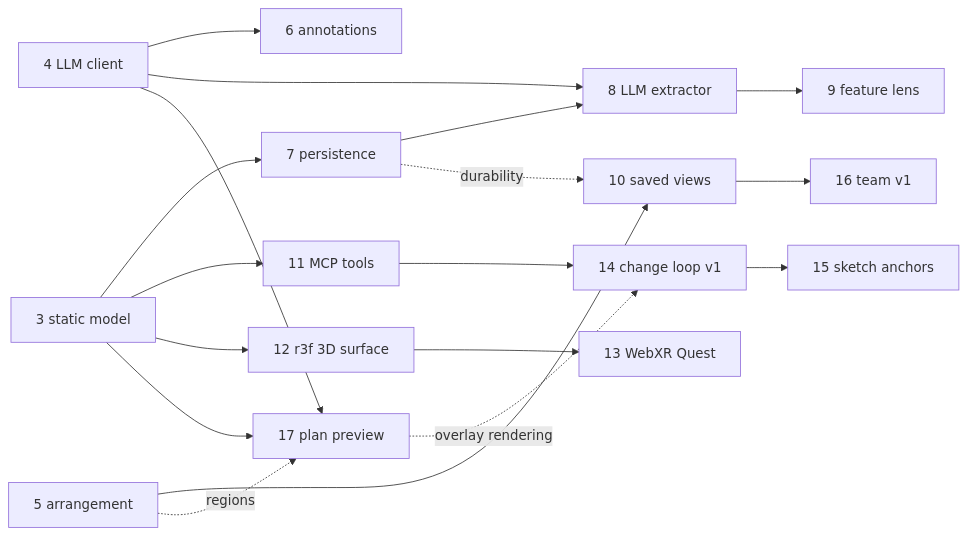
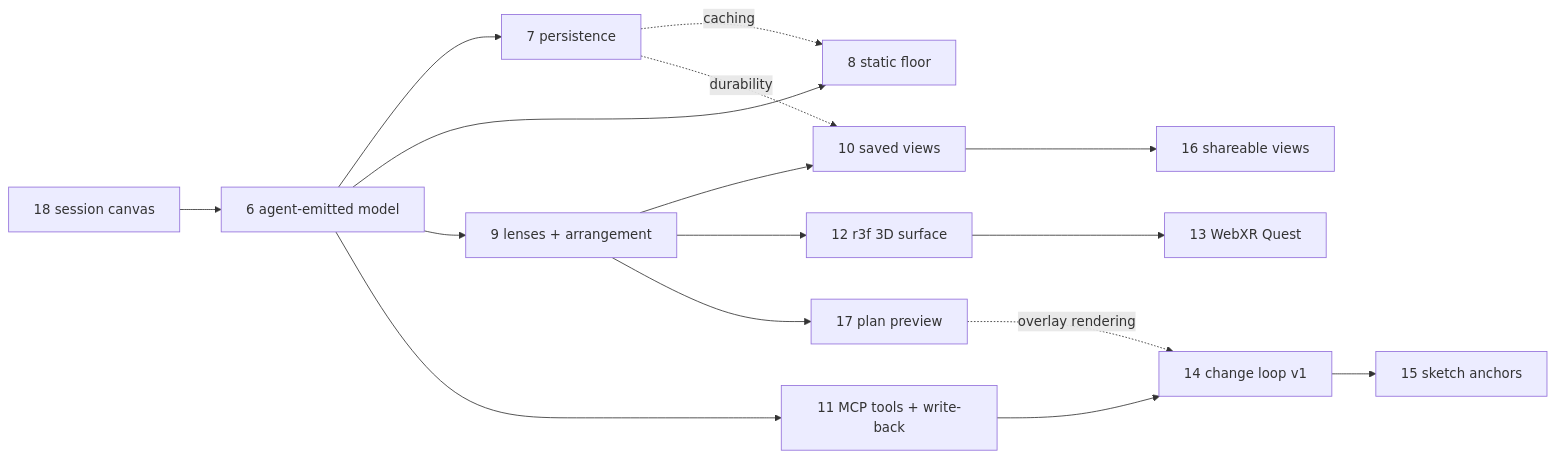
Before and after one commit to dmitry-yudakov/code-vis: the diagram in stories/EPIC-20260705-north-star-roadmap.md, drawn with Mermaid. The commit also changed other lines of this file and 15 other files, not shown here.

````diff
--- a/stories/EPIC-20260705-north-star-roadmap.md
+++ b/stories/EPIC-20260705-north-star-roadmap.md
@@ -69,20 +116,18 @@
 ```mermaid
 graph LR
-  S3[3 static model] --> S7[7 persistence]
-  S3 --> S11[11 MCP tools]
-  S3 --> S12[12 r3f 3D surface]
-  S3 --> S17[17 plan preview]
-  S4[4 LLM client] --> S6[6 annotations]
-  S4 --> S8[8 LLM extractor]
-  S4 --> S17
-  S5[5 arrangement] --> S10[10 saved views]
-  S5 -.regions.-> S17
-  S7 --> S8
-  S7 -.durability.-> S10
-  S8 --> S9[9 feature lens]
+  S18[18 session canvas] --> S6[6 agent-emitted model]
+  S6 --> S7[7 persistence]
+  S6 --> S8[8 static floor]
+  S6 --> S9[9 lenses + arrangement]
+  S6 --> S11[11 MCP tools + write-back]
+  S7 -.caching.-> S8
+  S7 -.durability.-> S10[10 saved views]
+  S9 --> S10
+  S9 --> S12[12 r3f 3D surface]
+  S9 --> S17[17 plan preview]
+  S12 --> S13[13 WebXR Quest]
   S11 --> S14[14 change loop v1]
   S17 -.overlay rendering.-> S14
-  S12 --> S13[13 WebXR Quest]
   S14 --> S15[15 sketch anchors]
-  S10 --> S16[16 team v1]
+  S10 --> S16[16 shareable views]
 ```
````
